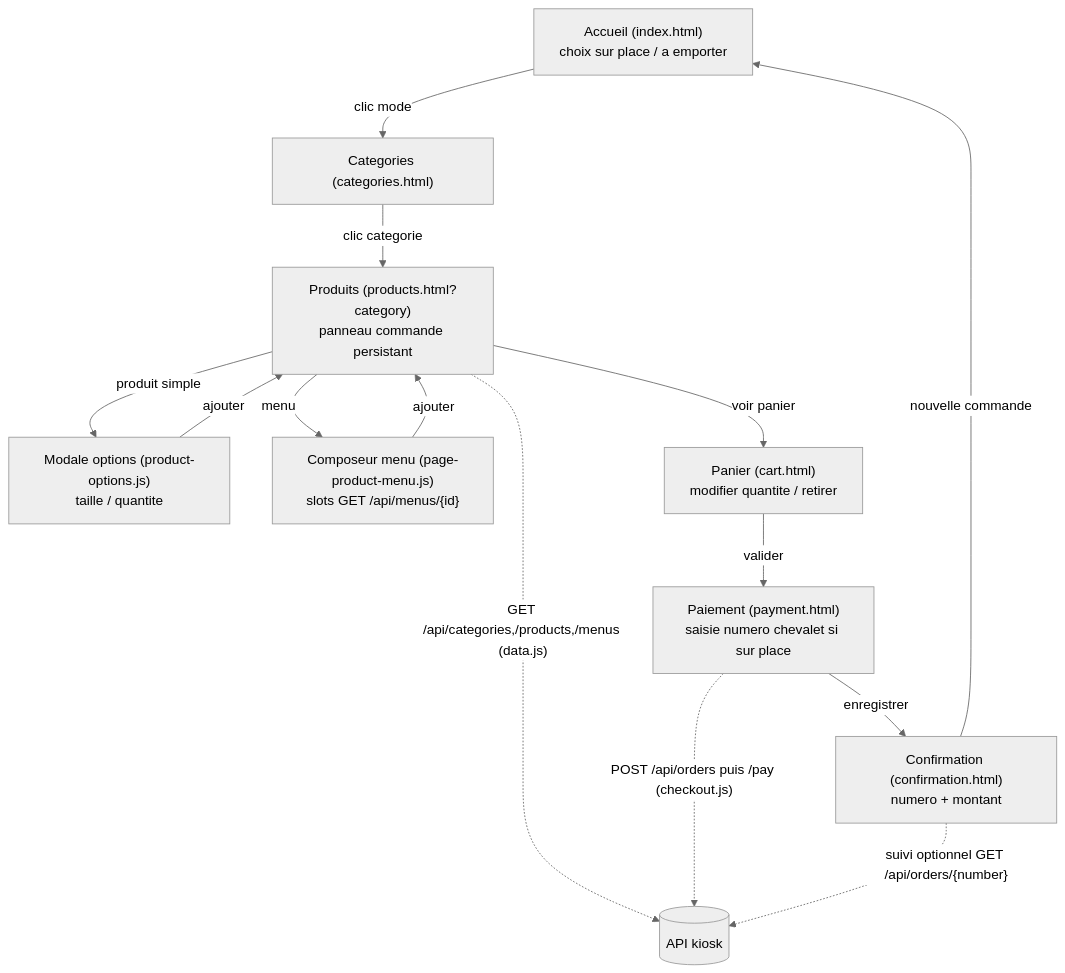
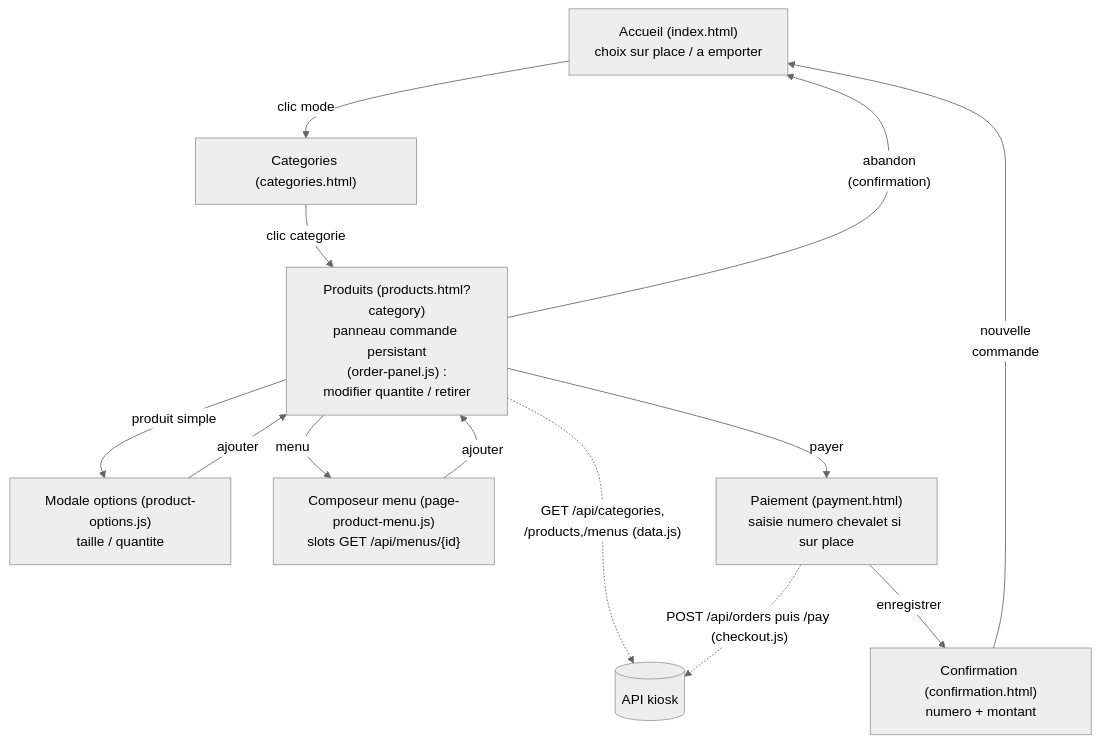
Before and after one commit to AcadeNice/wakdo_corentin: the first of 2 diagrams in docs/architecture/functional-schema.md, drawn with Mermaid (neutral theme). The commit also changed other lines of this file and 30 other files, not shown here.

````diff
--- a/docs/architecture/functional-schema.md
+++ b/docs/architecture/functional-schema.md
@@ -28,17 +30,16 @@
 ```mermaid
 flowchart TD
     A["Accueil (index.html)\nchoix sur place / a emporter"] -->|clic mode| B["Categories (categories.html)"]
-    B -->|clic categorie| C["Produits (products.html?category)\npanneau commande persistant"]
+    B -->|clic categorie| C["Produits (products.html?category)\npanneau commande persistant\n(order-panel.js) :\nmodifier quantite / retirer"]
     C -->|produit simple| D["Modale options (product-options.js)\ntaille / quantite"]
     C -->|menu| E["Composeur menu (page-product-menu.js)\nslots GET /api/menus/{id}"]
     D -->|ajouter| C
     E -->|ajouter| C
-    C -->|voir panier| F["Panier (cart.html)\nmodifier quantite / retirer"]
-    F -->|valider| G["Paiement (payment.html)\nsaisie numero chevalet si sur place"]
+    C -->|payer| G["Paiement (payment.html)\nsaisie numero chevalet si sur place"]
     G -->|enregistrer| H["Confirmation (confirmation.html)\nnumero + montant"]
-    H -->|nouvelle commande| A
+    H -->|"nouvelle\ncommande"| A
 
-    C -. "GET /api/categories,/products,/menus (data.js)" .-> API[(API kiosk)]
+    C -. "GET /api/categories,\n/products,/menus (data.js)" .-> API[(API kiosk)]
     G -. "POST /api/orders puis /pay (checkout.js)" .-> API
-    H -. "suivi optionnel GET /api/orders/{number}" .-> API
+    C -->|"abandon\n(confirmation)"| A
 ```
````
